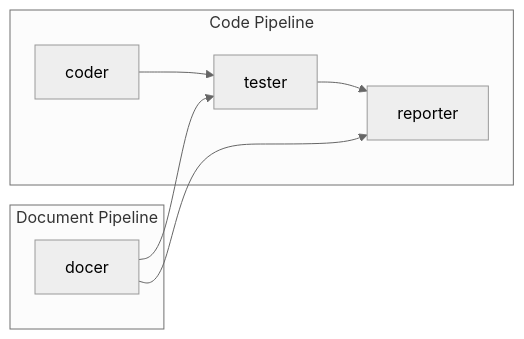
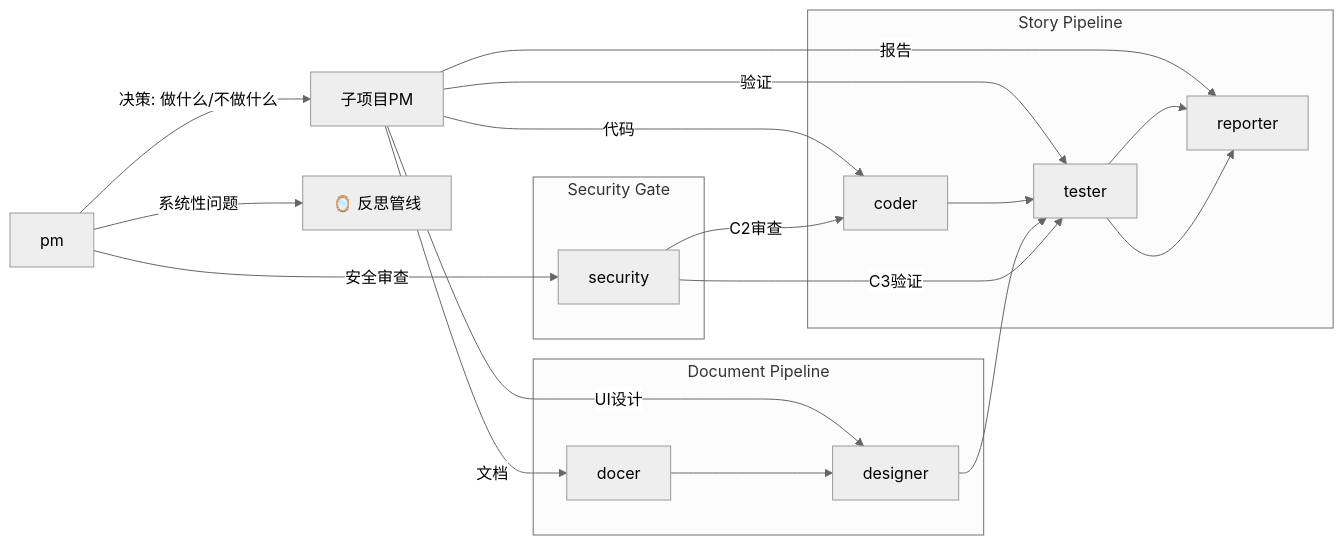
One commit to effiy/YrY changed the diagram in agents/AGENT.md. Above: the diagram before and after it, drawn with Mermaid (neutral theme). The commit also changed other lines of this file and 23 other files, not shown here.

````diff
--- a/agents/AGENT.md
+++ b/agents/AGENT.md
@@ -5,11 +5,22 @@
 ```mermaid
 graph LR
-    subgraph "Code Pipeline"
-        coder[coder] --> tester[tester]
-        tester --> reporter[reporter]
+    pm -->|决策: 做什么/不做什么| SUB["子项目PM"]
+    pm -->|系统性问题| S_REFLECT["🪞 反思管线"]
+    SUB -->|代码| coder
+    SUB -->|文档| docer
+    SUB -->|验证| tester
+    SUB -->|UI设计| designer
+    SUB -->|报告| reporter
+    pm -->|安全审查| security
+
+    subgraph "Story Pipeline"
+        coder --> tester --> reporter
     end
     subgraph "Document Pipeline"
-        docer[docer] --> tester
-        docer --> reporter
+        docer --> designer --> tester --> reporter
+    end
+    subgraph "Security Gate"
+        security -->|C2审查| coder
+        security -->|C3验证| tester
     end
 ```
````
